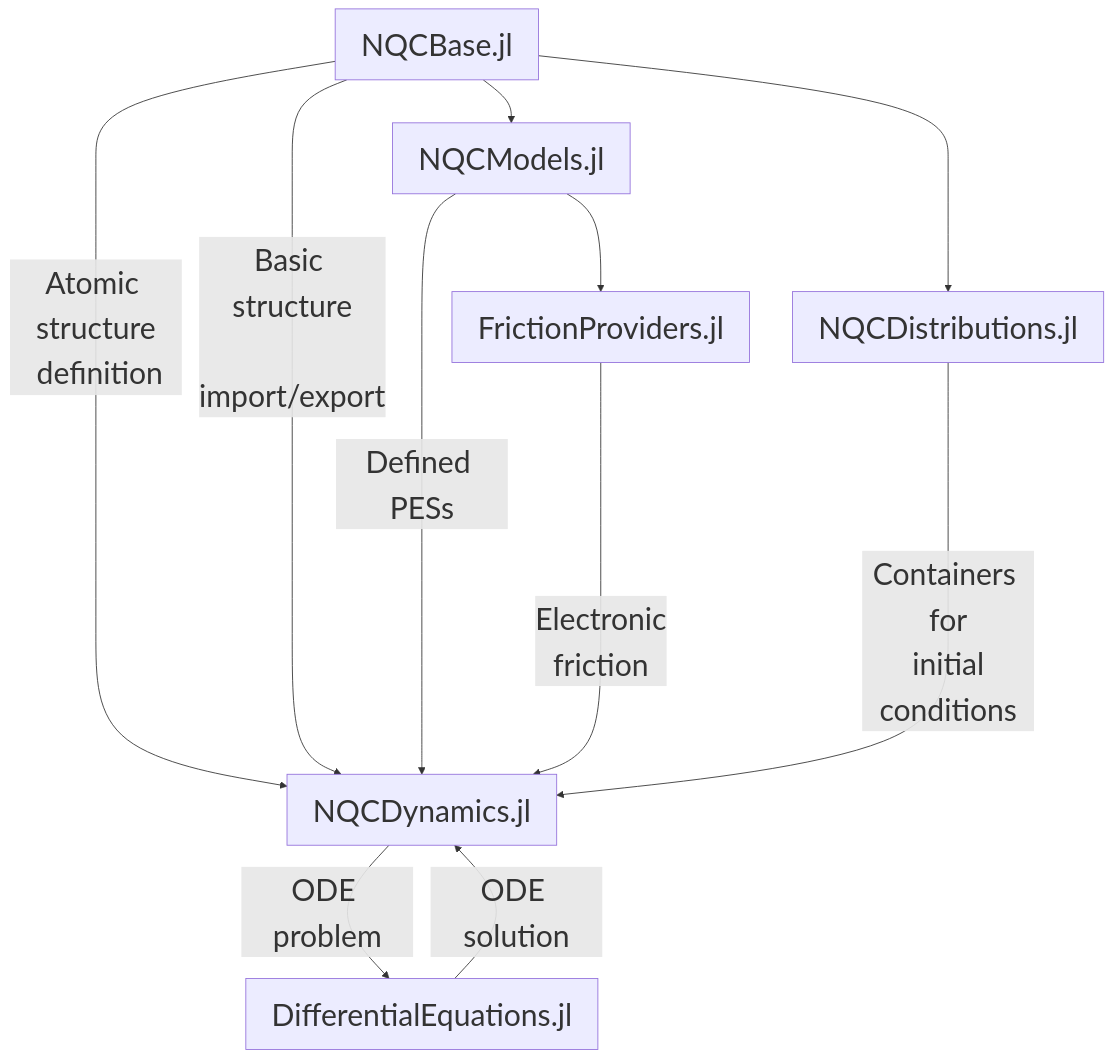
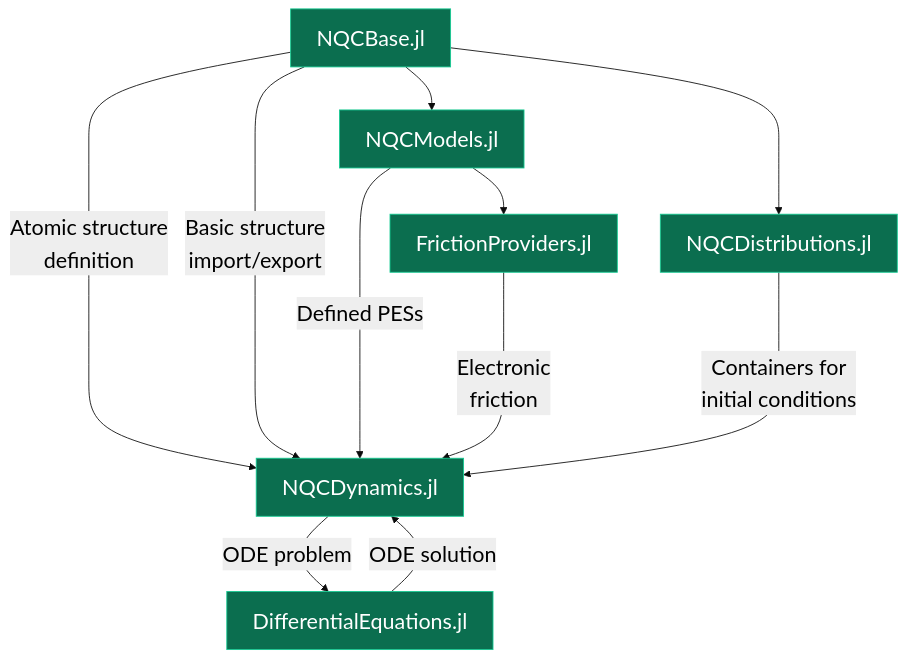
One commit to Alexsp32/NQCDynamics.jl-tech-presentation changed the diagram in nqcd_packages.mmd. Above: the diagram before and after it, drawn with Mermaid. The commit also changed 14 other files, not shown here.

```diff
--- a/nqcd_packages.mmd
+++ b/nqcd_packages.mmd
@@ -1,12 +1,27 @@
-%%{init: {'theme': 'default', 'themeVariables': { 'fontSize': '35px', 'fontFamily' : 'Lexend'}}}%%
+%%{
+    init: {
+        'theme': 'base', 
+        'themeVariables': { 
+            'fontSize': '25px',
+            'primaryColor': '#0B6E4F',
+            'primaryBorderColor': '#14cb92',
+            'primaryTextColor': '#fff',
+            'tertiaryTextColor': '#000',
+            'fontFamily': 'Lexend',
+            'edgeLabelBackground': '#eee'
+        }
+    }
+}%%
+
 graph TB
     NQCBase.jl -- Atomic structure\n definition --> NQCDynamics.jl
     NQCBase.jl -- Basic structure\n import/export --> NQCDynamics.jl
     NQCBase.jl --> NQCModels.jl
     NQCBase.jl --> NQCDistributions.jl
     NQCModels.jl -- Defined PESs --> NQCDynamics.jl
     NQCModels.jl --> FrictionProviders.jl
     FrictionProviders.jl -- Electronic\n friction ---> NQCDynamics.jl
     NQCDistributions.jl -- Containers for\n initial conditions ---> NQCDynamics.jl
     NQCDynamics.jl -- ODE problem --> DifferentialEquations.jl
     DifferentialEquations.jl -- ODE solution --> NQCDynamics.jl
+    linkStyle 0,1,2,3,4,5,6,7,8,9 color:black
```
